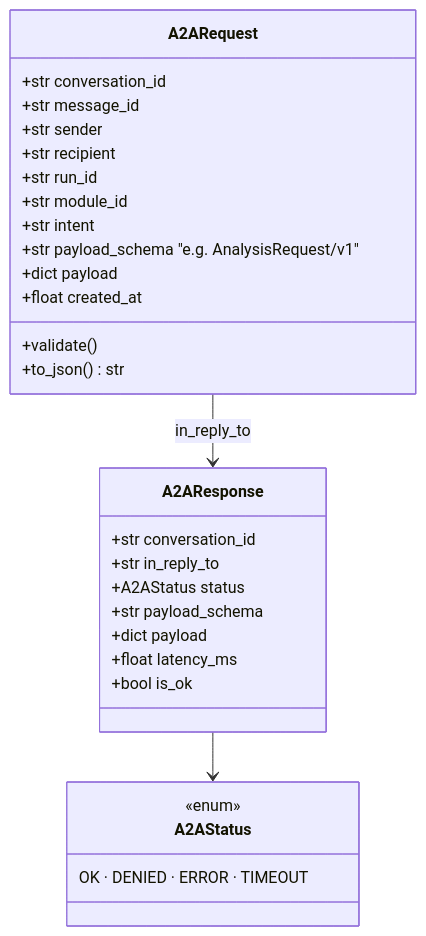
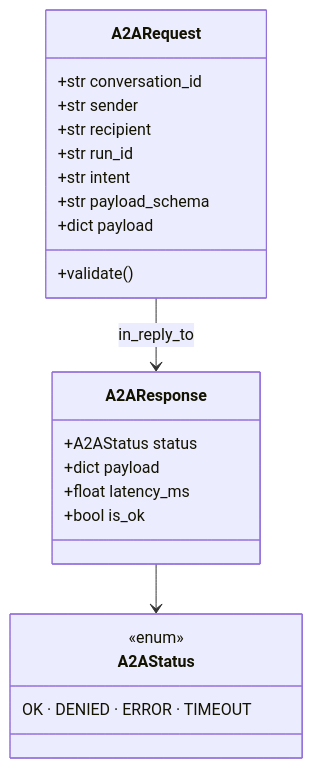
One commit to rlpatrao/agent-gov-sec changed the fourth of 9 diagrams in docs/architecture.md. Above: the diagram before and after it, drawn with Mermaid. The commit also changed other lines of this file and 42 other files, not shown here.

````diff
--- a/docs/architecture.md
+++ b/docs/architecture.md
@@ -185,32 +271,25 @@
 ```mermaid
 classDiagram
   class A2ARequest {
     +str conversation_id
-    +str message_id
     +str sender
     +str recipient
     +str run_id
-    +str module_id
     +str intent
-    +str payload_schema  "e.g. AnalysisRequest/v1"
+    +str payload_schema
     +dict payload
-    +float created_at
     +validate()
-    +to_json() str
   }
   class A2AResponse {
-    +str conversation_id
-    +str in_reply_to
     +A2AStatus status
-    +str payload_schema
     +dict payload
     +float latency_ms
     +bool is_ok
   }
   class A2AStatus {
     <<enum>>
     OK · DENIED · ERROR · TIMEOUT
   }
   A2ARequest --> A2AResponse : in_reply_to
   A2AResponse --> A2AStatus
 ```
````
